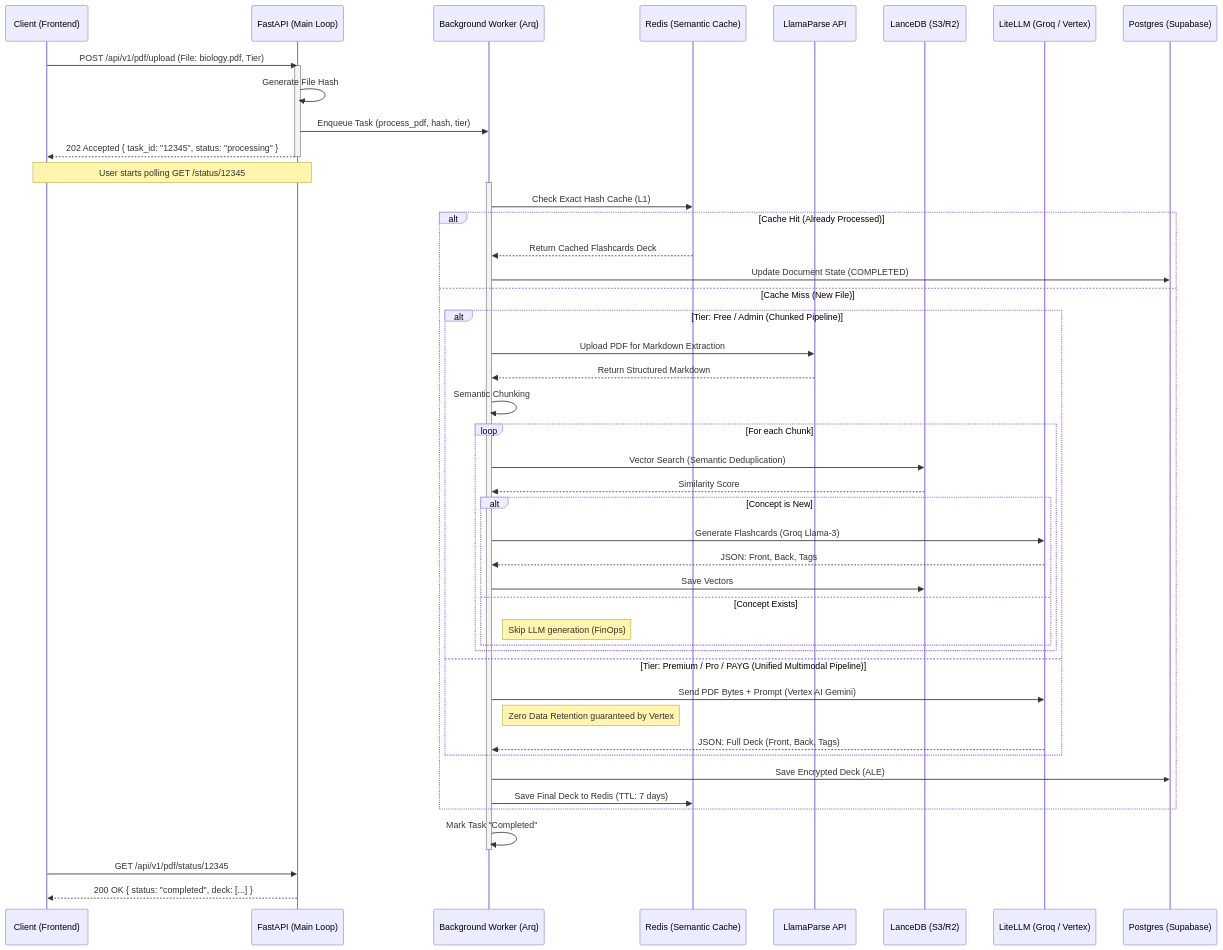
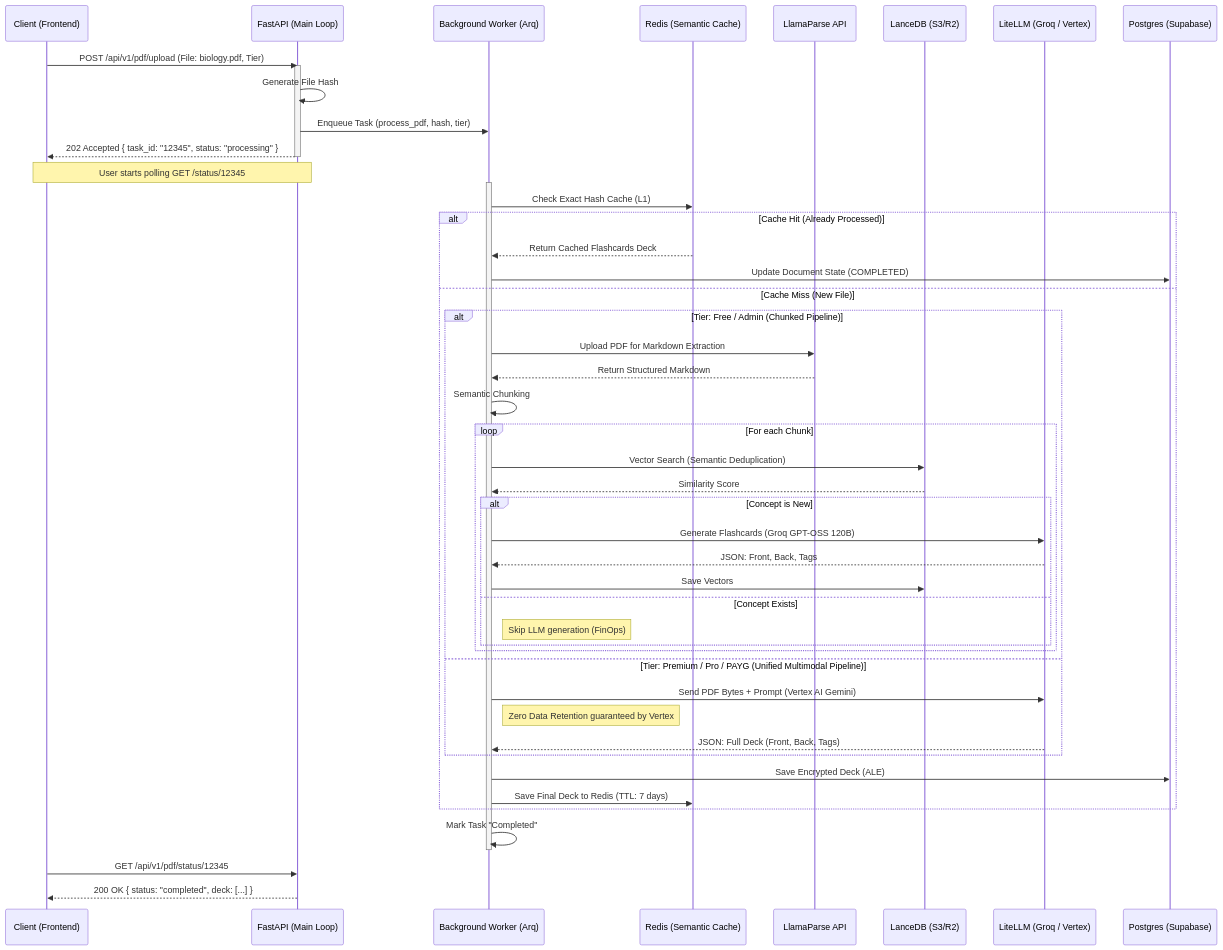
Before and after one commit to JMMAILabs/frugal-fortress-architecture: the diagram in docs/diagrams/KERA/diagram_pdf_anki.md, drawn with Mermaid. The commit also changed 23 other files, not shown here.

First line of the commit message:
docs: migrate free-tier references from llama-3.3 to openai/gpt-oss-120b

````diff
--- a/docs/diagrams/KERA/diagram_pdf_anki.md
+++ b/docs/diagrams/KERA/diagram_pdf_anki.md
@@ -5,63 +5,63 @@
 ```mermaid
 %%{init: {'theme': 'default', 'themeVariables': { 'noteBkgColor': '#fff5ad', 'noteTextColor': '#333333'}}}%%
 sequenceDiagram
     participant User as Client (Frontend)
     participant API as FastAPI (Main Loop)
     participant Worker as Background Worker (Arq)
     participant Cache as Redis (Semantic Cache)
     participant Parser as LlamaParse API
     participant VectorDB as LanceDB (S3/R2)
     participant LLM as LiteLLM (Groq / Vertex)
     participant DB as Postgres (Supabase)
 
     User->>API: POST /api/v1/pdf/upload (File: biology.pdf, Tier)
     activate API
     API->>API: Generate File Hash
     API->>Worker: Enqueue Task (process_pdf, hash, tier)
     API-->>User: 202 Accepted { task_id: "12345", status: "processing" }
     deactivate API
 
     Note over User, API: User starts polling GET /status/12345
 
     activate Worker
     Worker->>Cache: Check Exact Hash Cache (L1)
     
     alt Cache Hit (Already Processed)
         Cache-->>Worker: Return Cached Flashcards Deck
         Worker->>DB: Update Document State (COMPLETED)
     else Cache Miss (New File)
         
         alt Tier: Free / Admin (Chunked Pipeline)
             Worker->>Parser: Upload PDF for Markdown Extraction
             Parser-->>Worker: Return Structured Markdown
             Worker->>Worker: Semantic Chunking
             
             loop For each Chunk
                 Worker->>VectorDB: Vector Search (Semantic Deduplication)
                 VectorDB-->>Worker: Similarity Score
                 
                 alt Concept is New
-                    Worker->>LLM: Generate Flashcards (Groq Llama-3)
+                    Worker->>LLM: Generate Flashcards (Groq GPT-OSS 120B)
                     LLM-->>Worker: JSON: Front, Back, Tags
                     Worker->>VectorDB: Save Vectors
                 else Concept Exists
                     Note right of Worker: Skip LLM generation (FinOps)
                 end
             end
             
         else Tier: Premium / Pro / PAYG (Unified Multimodal Pipeline)
             Worker->>LLM: Send PDF Bytes + Prompt (Vertex AI Gemini)
             Note right of Worker: Zero Data Retention guaranteed by Vertex
             LLM-->>Worker: JSON: Full Deck (Front, Back, Tags)
         end
         
         Worker->>DB: Save Encrypted Deck (ALE)
         Worker->>Cache: Save Final Deck to Redis (TTL: 7 days)
     end
     
     Worker->>Worker: Mark Task "Completed"
     deactivate Worker
 
     User->>API: GET /api/v1/pdf/status/12345
     API-->>User: 200 OK { status: "completed", deck: [...] }
 ```
````
